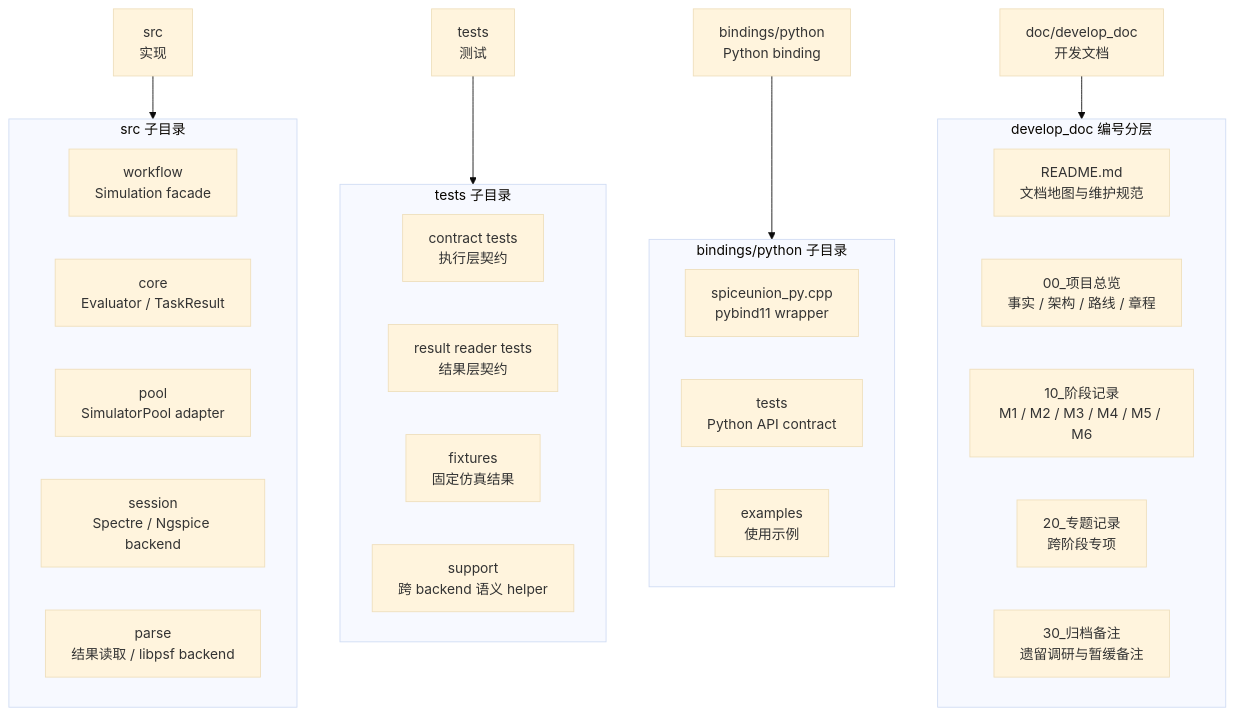
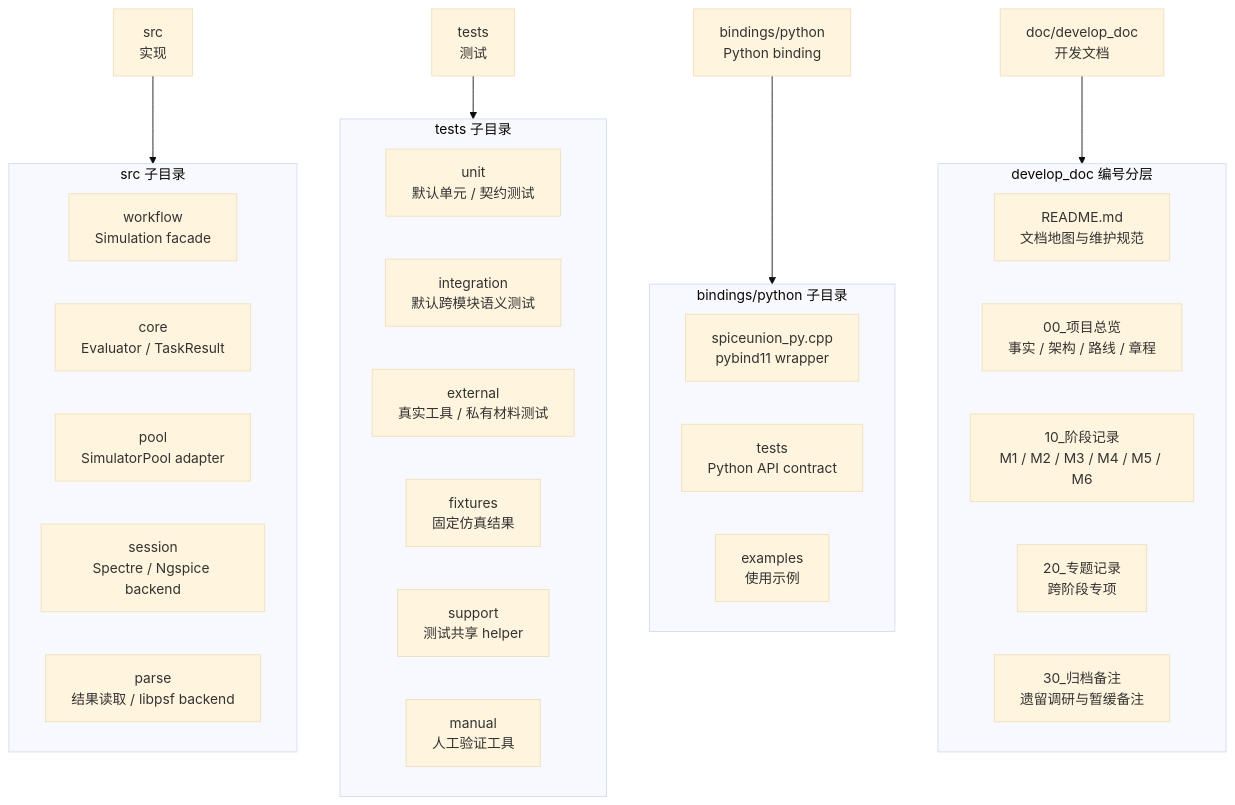
Before and after one commit to Snappersontheprowl/SPICEUnion: the sixth of 6 diagrams in doc/develop_doc/00_项目总览/02_架构总览.md, drawn with Mermaid (base theme). The commit also changed other lines of this file and 35 other files, not shown here.

````diff
--- a/doc/develop_doc/00_项目总览/02_架构总览.md
+++ b/doc/develop_doc/00_项目总览/02_架构总览.md
@@ -313,41 +313,43 @@
 ```mermaid
 flowchart TB
     Src["src<br/>实现"]
     Tests["tests<br/>测试"]
     Bindings["bindings/python<br/>Python binding"]
     Docs["doc/develop_doc<br/>开发文档"]
 
     subgraph SrcDirs["src 子目录"]
         WorkflowSrc["workflow<br/>Simulation facade"]
         CoreSrc["core<br/>Evaluator / TaskResult"]
         PoolSrc["pool<br/>SimulatorPool adapter"]
         SessionSrc["session<br/>Spectre / Ngspice backend"]
         ParseSrc["parse<br/>结果读取 / libpsf backend"]
     end
 
     subgraph TestDirs["tests 子目录"]
-        ContractTests["contract tests<br/>执行层契约"]
-        ResultTests["result reader tests<br/>结果层契约"]
+        UnitTests["unit<br/>默认单元 / 契约测试"]
+        IntegrationTests["integration<br/>默认跨模块语义测试"]
+        ExternalTests["external<br/>真实工具 / 私有材料测试"]
         FixtureTests["fixtures<br/>固定仿真结果"]
-        SemanticTests["support<br/>跨 backend 语义 helper"]
+        SupportTests["support<br/>测试共享 helper"]
+        ManualTests["manual<br/>人工验证工具"]
     end
 
     subgraph PyDirs["bindings/python 子目录"]
         PyCpp["spiceunion_py.cpp<br/>pybind11 wrapper"]
         PyTests["tests<br/>Python API contract"]
         PyExamples["examples<br/>使用示例"]
     end
 
     subgraph DocFiles["develop_doc 编号分层"]
         DocRoot["README.md<br/>文档地图与维护规范"]
         Overview["00_项目总览<br/>事实 / 架构 / 路线 / 章程"]
         Milestones["10_阶段记录<br/>M1 / M2 / M3 / M4 / M5 / M6"]
         Topics["20_专题记录<br/>跨阶段专项"]
         Archive["30_归档备注<br/>遗留调研与暂缓备注"]
     end
 
     Src --> SrcDirs
     Tests --> TestDirs
     Bindings --> PyDirs
     Docs --> DocFiles
 ```
````
